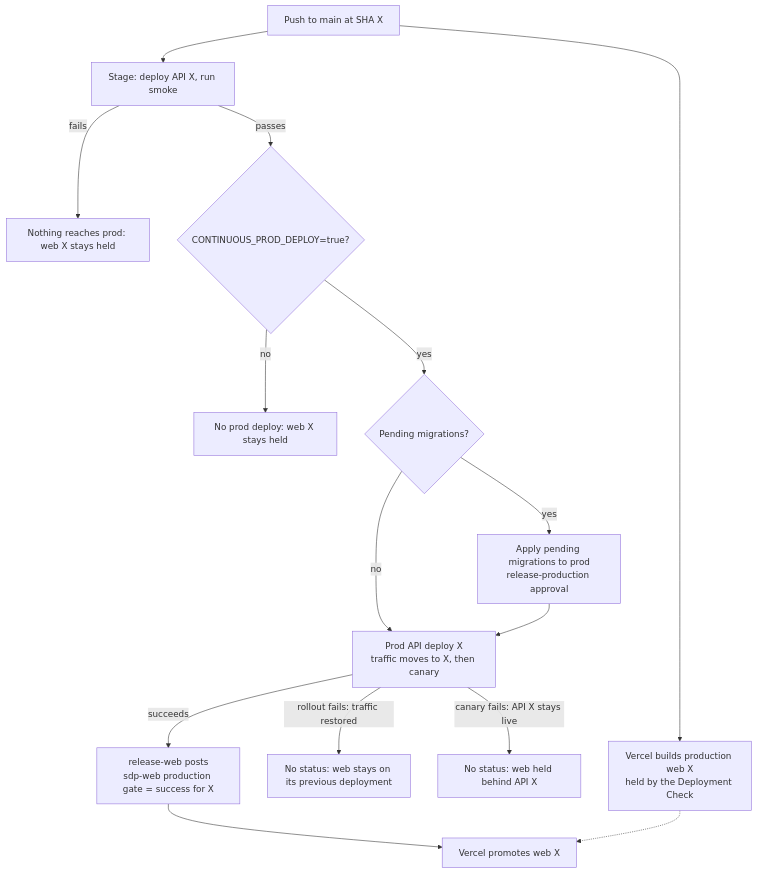
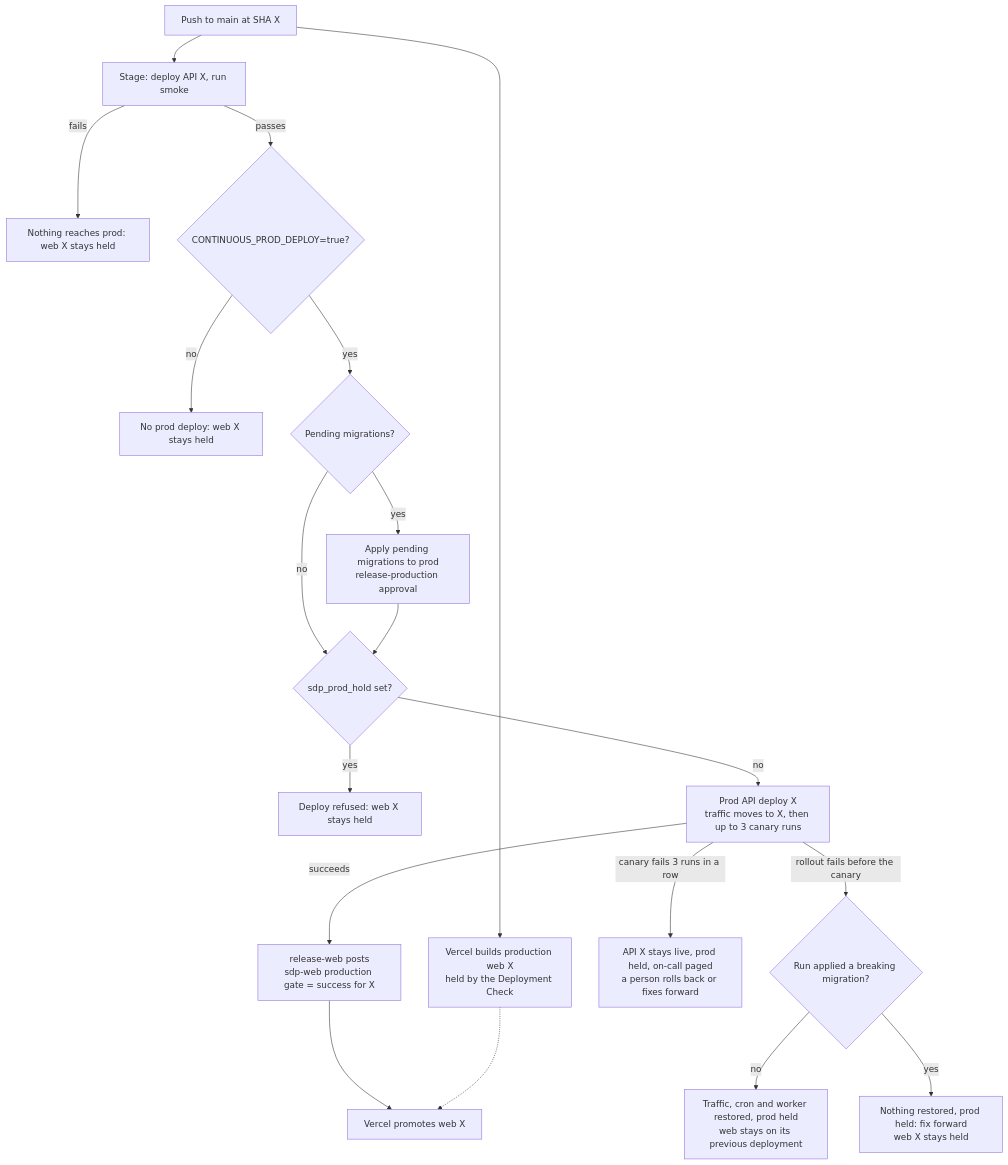
Before and after one commit to cgwbmp/solana-developer-platform-app: the diagram in docs/ops/release-operations.md, drawn with Mermaid. The commit also changed other lines of this file and 13 other files, not shown here.

First line of the commit message:
ci(deploy): hold prod on a failed canary and add a one-click rollback (#2361)

````diff
--- a/docs/ops/release-operations.md
+++ b/docs/ops/release-operations.md
@@ -19,17 +20,21 @@
 ```mermaid
 flowchart TD
   M["Push to main at SHA X"] --> WB["Vercel builds production web X<br/>held by the Deployment Check"]
   M --> ST["Stage: deploy API X, run smoke"]
   ST -- fails --> H1["Nothing reaches prod: web X stays held"]
   ST -- passes --> KS{"CONTINUOUS_PROD_DEPLOY=true?"}
   KS -- no --> H0["No prod deploy: web X stays held"]
   KS -- yes --> SC{"Pending migrations?"}
   SC -- yes --> AP["Apply pending migrations to prod<br/>release-production approval"]
-  SC -- no --> PD["Prod API deploy X<br/>traffic moves to X, then canary"]
-  AP --> PD
-  PD -- "rollout fails: traffic restored" --> H2["No status: web stays on its previous deployment"]
-  PD -- "canary fails: API X stays live" --> H3["No status: web held behind API X"]
+  SC -- no --> HD{"sdp_prod_hold set?"}
+  AP --> HD
+  HD -- yes --> H4["Deploy refused: web X stays held"]
+  HD -- no --> PD["Prod API deploy X<br/>traffic moves to X, then up to 3 canary runs"]
+  PD -- "rollout fails before the canary" --> BR{"Run applied a breaking migration?"}
+  BR -- no --> H2["Traffic, cron and worker restored, prod held<br/>web stays on its previous deployment"]
+  BR -- yes --> H3["Nothing restored, prod held: fix forward<br/>web X stays held"]
+  PD -- "canary fails 3 runs in a row" --> H5["API X stays live, prod held, on-call paged<br/>a person rolls back or fixes forward"]
   PD -- succeeds --> RW["release-web posts<br/>sdp-web production gate = success for X"]
   RW --> VP["Vercel promotes web X"]
   WB -.-> VP
 ```
````
